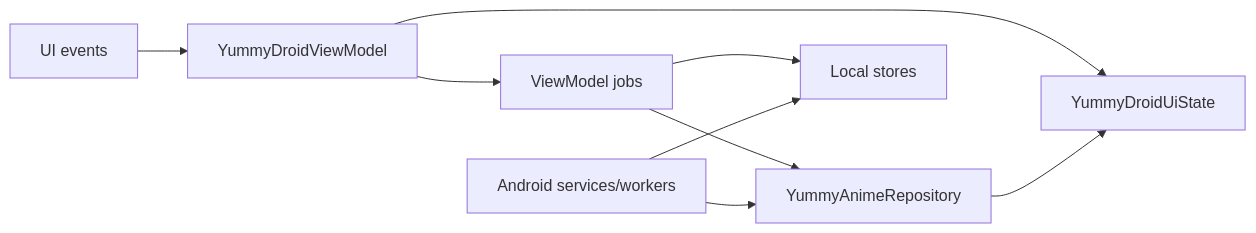
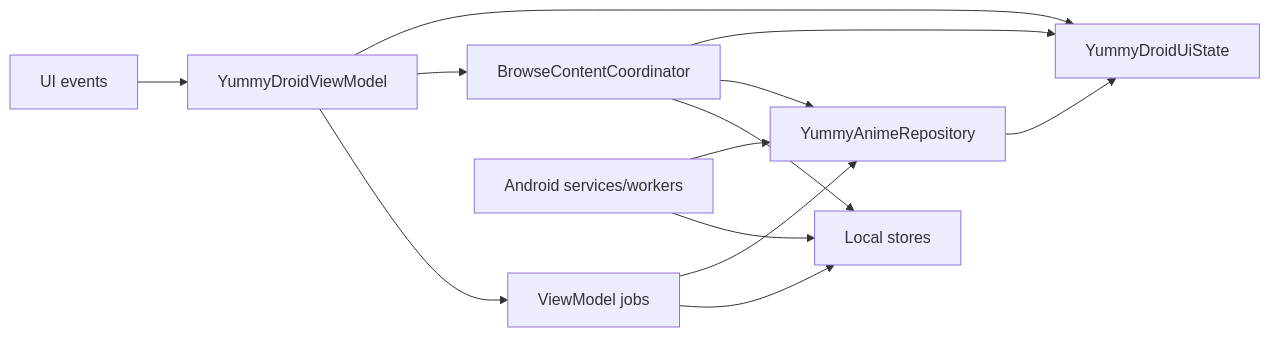
One commit to saltek1995/YummyDroid changed the fourth of 11 diagrams in docs/refactor-logic-map.md. Above: the diagram before and after it, drawn with Mermaid. The commit also changed other lines of this file and 3 other files, not shown here.

Commit message:
Centralize browse content loading

````diff
--- a/docs/refactor-logic-map.md
+++ b/docs/refactor-logic-map.md
@@ -163,19 +163,24 @@
 ```mermaid
 flowchart LR
     UiEvents[UI events]
     VM[YummyDroidViewModel]
+    BrowseContent[BrowseContentCoordinator]
     UiState[YummyDroidUiState]
     Jobs[ViewModel jobs]
     Repo[YummyAnimeRepository]
     Stores[Local stores]
     Runtime[Android services/workers]
 
     UiEvents --> VM
     VM --> UiState
+    VM --> BrowseContent
+    BrowseContent --> UiState
+    BrowseContent --> Repo
+    BrowseContent --> Stores
     VM --> Jobs
     Jobs --> Repo
     Jobs --> Stores
     Runtime --> Repo
     Runtime --> Stores
     Repo --> UiState
 ```
````
